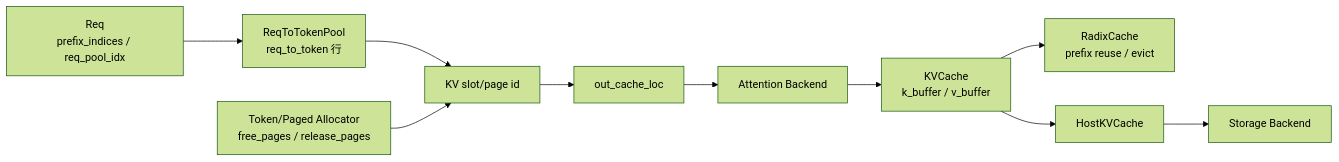
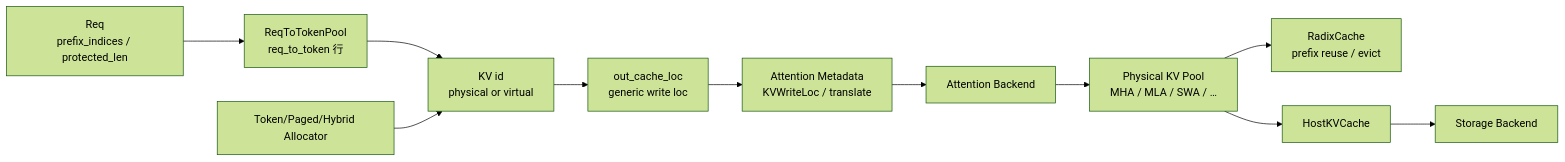
Before and after one commit to OnlyHero5/sglang-reading-vault: the diagram in sglang_reading/内存与Attention/KV-Cache/SGLang-KV-Cache-学习检查.md, drawn with Mermaid (forest theme). The commit also changed other lines of this file and 512 other files, not shown here.

````diff
--- a/sglang_reading/内存与Attention/KV-Cache/SGLang-KV-Cache-学习检查.md
+++ b/sglang_reading/内存与Attention/KV-Cache/SGLang-KV-Cache-学习检查.md
@@ -31,12 +31,13 @@
 ```mermaid
 flowchart LR
-    Req["Req<br/>prefix_indices / req_pool_idx"] --> Row["ReqToTokenPool<br/>req_to_token 行"]
-    Row --> Slot["KV slot/page id"]
-    Alloc["Token/Paged Allocator<br/>free_pages / release_pages"] --> Slot
-    Slot --> Loc["out_cache_loc"]
-    Loc --> Attn["Attention Backend"]
-    Attn --> Pool["KVCache<br/>k_buffer / v_buffer"]
+    Req["Req<br/>prefix_indices / protected_len"] --> Row["ReqToTokenPool<br/>req_to_token 行"]
+    Row --> Id["KV id<br/>physical or virtual"]
+    Alloc["Token/Paged/Hybrid Allocator"] --> Id
+    Id --> Loc["out_cache_loc<br/>generic write loc"]
+    Loc --> Meta["Attention Metadata<br/>KVWriteLoc / translate"]
+    Meta --> Attn["Attention Backend"]
+    Attn --> Pool["Physical KV Pool<br/>MHA / MLA / SWA / …"]
     Pool --> Radix["RadixCache<br/>prefix reuse / evict"]
     Pool --> Host["HostKVCache"]
     Host --> Storage["Storage Backend"]
 ```
````
